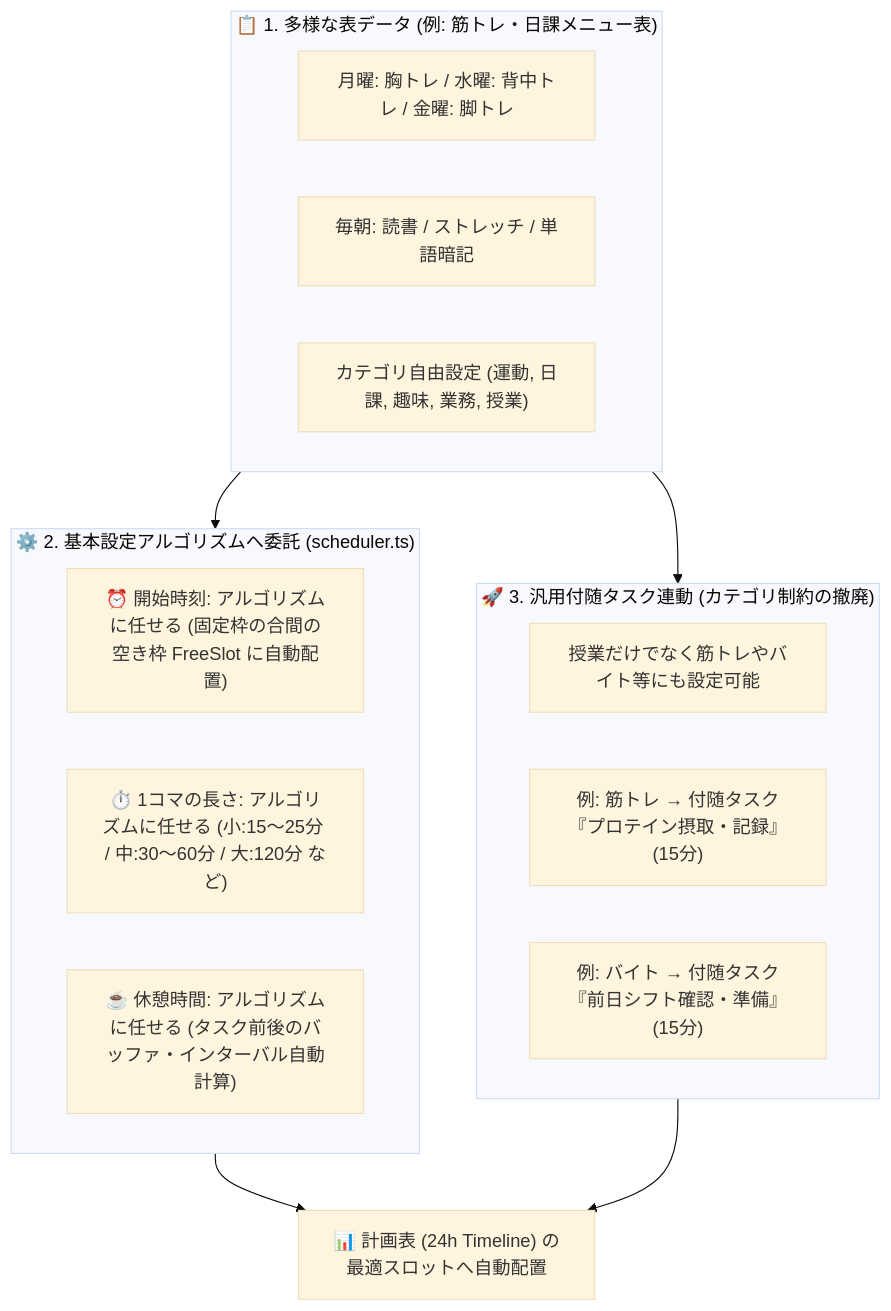
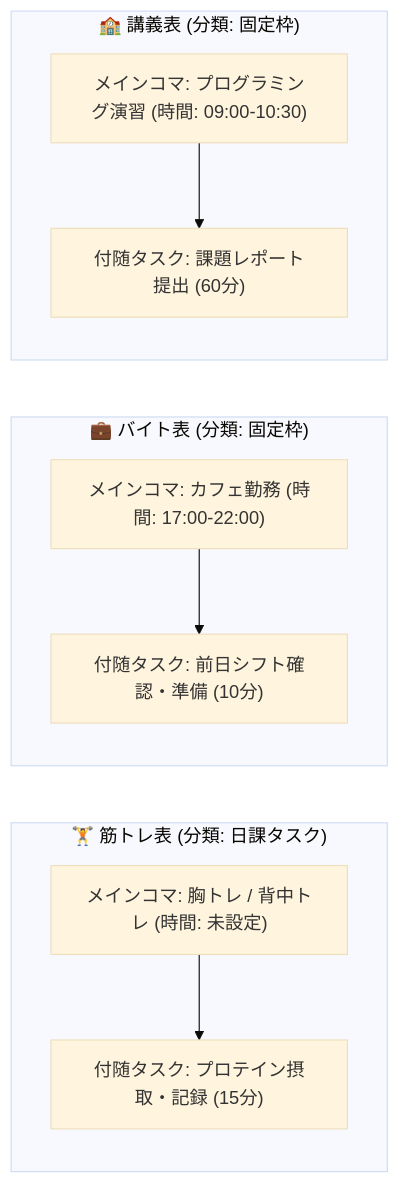
One commit to chku25062-sketch/creation_1 changed the third of 4 diagrams in Plan7.md. Above: the diagram before and after it, drawn with Mermaid (base theme). The commit also changed other lines of this file, not shown here.

````diff
--- a/Plan7.md
+++ b/Plan7.md
@@ -14,25 +129,20 @@
 ```mermaid
-flowchart TD
-    subgraph TableInput["📋 1. 多様な表データ (例: 筋トレ・日課メニュー表)"]
-        T1["月曜: 胸トレ / 水曜: 背中トレ / 金曜: 脚トレ"]
-        T2["毎朝: 読書 / ストレッチ / 単語暗記"]
-        T3["カテゴリ自由設定 (運動, 日課, 趣味, 業務, 授業)"]
+flowchart LR
+    subgraph Workout["🏋️ 筋トレ表 (分類: 日課タスク)"]
+        W_Main["メインコマ: 胸トレ / 背中トレ (時間: 未設定)"]
+        W_Sub["付随タスク: プロテイン摂取・記録 (15分)"]
+        W_Main --> W_Sub
     end
 
-    subgraph AutoSchedule["⚙️ 2. 基本設定アルゴリズムへ委託 (scheduler.ts)"]
-        A1["⏰ 開始時刻: アルゴリズムに任せる (固定枠の合間の空き枠 FreeSlot に自動配置)"]
-        A2["⏱️ 1コマの長さ: アルゴリズムに任せる (小:15〜25分 / 中:30〜60分 / 大:120分 など)"]
-        A3["☕ 休憩時間: アルゴリズムに任せる (タスク前後のバッファ・インターバル自動計算)"]
+    subgraph Shift["💼 バイト表 (分類: 固定枠)"]
+        S_Main["メインコマ: カフェ勤務 (時間: 17:00-22:00)"]
+        S_Sub["付随タスク: 前日シフト確認・準備 (10分)"]
+        S_Main --> S_Sub
     end
 
-    subgraph UniversalTask["🚀 3. 汎用付随タスク連動 (カテゴリ制約の撤廃)"]
-        U1["授業だけでなく筋トレやバイト等にも設定可能"]
-        U2["例: 筋トレ → 付随タスク『プロテイン摂取・記録』(15分)"]
-        U3["例: バイト → 付随タスク『前日シフト確認・準備』(15分)"]
+    subgraph Lecture["🏫 講義表 (分類: 固定枠)"]
+        L_Main["メインコマ: プログラミング演習 (時間: 09:00-10:30)"]
+        L_Sub["付随タスク: 課題レポート提出 (60分)"]
+        L_Main --> L_Sub
     end
-
-    TableInput --> AutoSchedule
-    TableInput --> UniversalTask
-    AutoSchedule --> Timeline["📊 計画表 (24h Timeline) の最適スロットへ自動配置"]
-    UniversalTask --> Timeline
 ```
````
